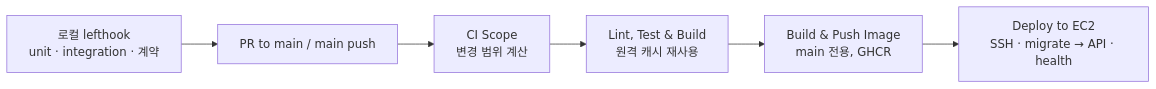
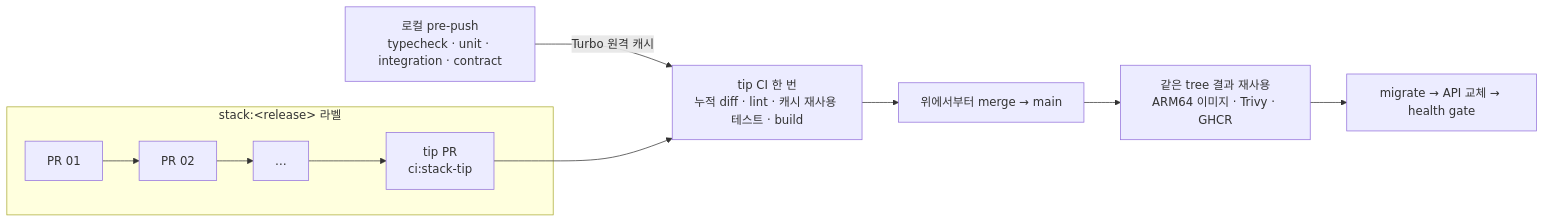
One commit to Aiddoo/Aido-platform changed the sixth of 6 diagrams in README.md. Above: the diagram before and after it, drawn with Mermaid. The commit also changed other lines of this file, not shown here.

First line of the commit message:
docs: README를 해결하는 문제·아키텍처 다이어그램·설계 결정 중심으로 다시 쓴다

````diff
--- a/README.md
+++ b/README.md
@@ -184,8 +187,11 @@
 ```mermaid
 flowchart LR
-  Hook[로컬 lefthook<br/>unit · integration · 계약] --> PR[PR to main / main push]
-  PR --> Gate[CI Scope<br/>변경 범위 계산]
-  Gate --> Verify[Lint, Test & Build<br/>원격 캐시 재사용]
-  Verify --> Img[Build & Push Image<br/>main 전용, GHCR]
-  Img --> Deploy[Deploy to EC2<br/>SSH · migrate → API · health]
+  subgraph Stack["stack:&lt;release&gt; 라벨"]
+    P1["PR 01"] --> P2["PR 02"] --> P3["…"] --> Tip["tip PR<br/>ci:stack-tip"]
+  end
+  Push["로컬 pre-push<br/>typecheck · unit · integration · contract"] -- Turbo 원격 캐시 --> CI
+  Tip --> CI["tip CI 한 번<br/>누적 diff · lint · 캐시 재사용 테스트 · build"]
+  CI --> Merge["위에서부터 merge → main"]
+  Merge --> Image["같은 tree 결과 재사용<br/>ARM64 이미지 · Trivy · GHCR"]
+  Image --> Deploy["migrate → API 교체 → health gate"]
 ```
````
